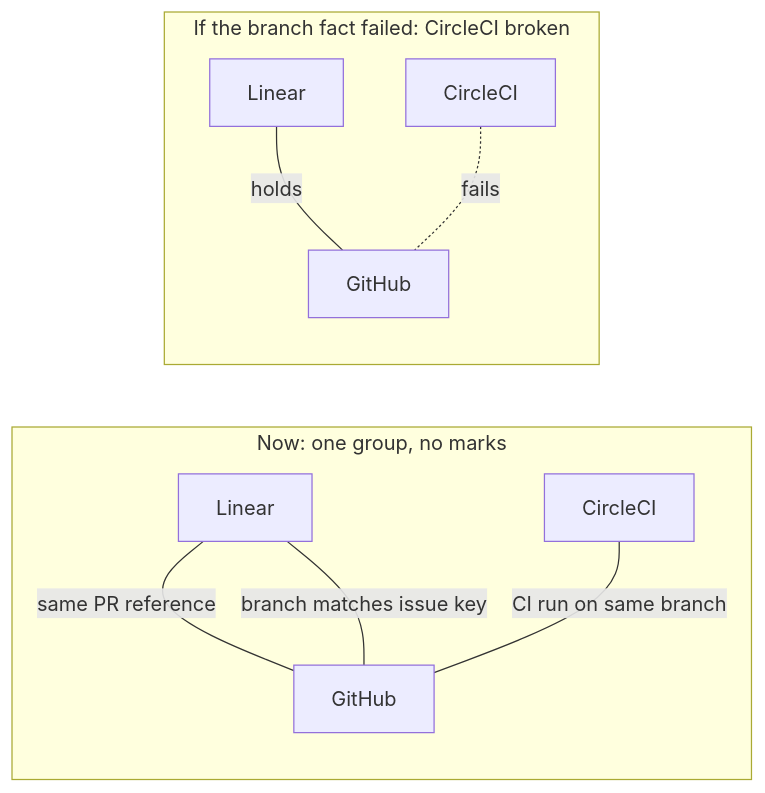
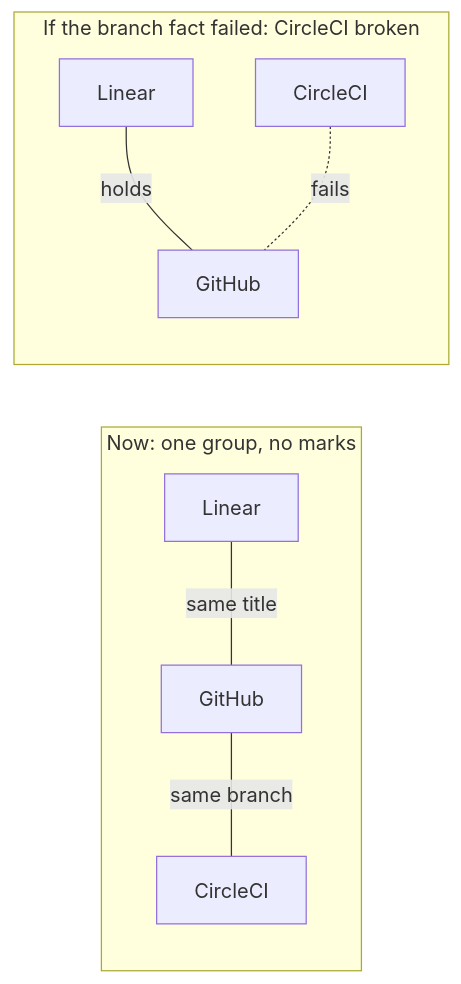
The fifth of 7 diagrams in docs/design/synthesis.md (retz8/a2uiverse), drawn with Mermaid before and after one commit. The commit also changed other lines of this file and 15 other files, not shown here.

````diff
--- a/docs/design/synthesis.md
+++ b/docs/design/synthesis.md
@@ -439,12 +440,11 @@
 ```mermaid
 flowchart LR
     subgraph now["Now: one group, no marks"]
-        L1["Linear"] ---|"same PR reference"| G1["GitHub"]
-        G1 ---|"branch matches issue key"| L1
-        C1["CircleCI"] ---|"CI run on same branch"| G1
+        L1["Linear"] ---|"same title"| G1["GitHub"]
+        G1 ---|"same branch"| C1["CircleCI"]
     end
     subgraph later["If the branch fact failed: CircleCI broken"]
         L2["Linear"] ---|"holds"| G2["GitHub"]
         C2["CircleCI"] -.-|"fails"| G2
     end
 ```
````
